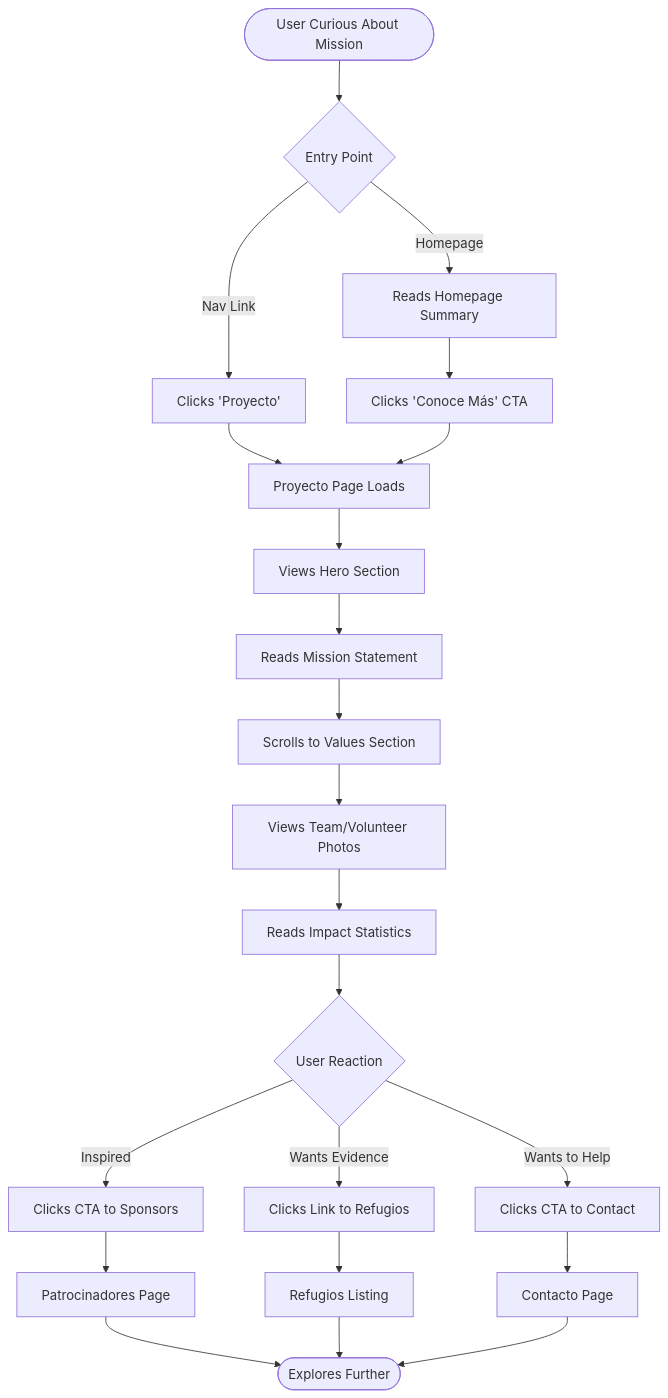
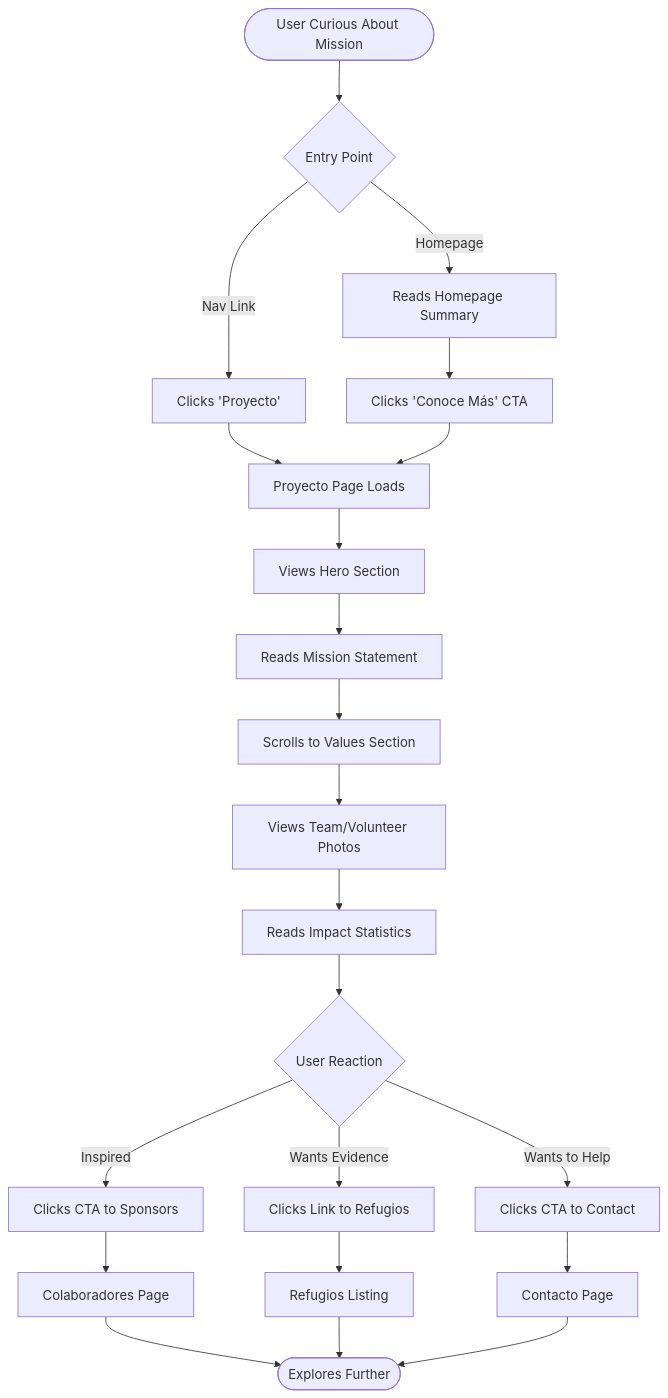
One commit to Markuson/refusdignos changed the fourth of 5 diagrams in docs/front-end-spec.md. Above: the diagram before and after it, drawn with Mermaid. The commit also changed other lines of this file and 62 other files, not shown here.

````diff
--- a/docs/front-end-spec.md
+++ b/docs/front-end-spec.md
@@ -313,30 +313,30 @@
 ```mermaid
 graph TD
     Start([User Curious About Mission]) --> A{Entry Point}
 
     A -->|Homepage| B[Reads Homepage Summary]
     A -->|Nav Link| C[Clicks 'Proyecto']
 
     B --> D[Clicks 'Conoce Más' CTA]
     C --> E[Proyecto Page Loads]
     D --> E
 
     E --> F[Views Hero Section]
     F --> G[Reads Mission Statement]
     G --> H[Scrolls to Values Section]
     H --> I[Views Team/Volunteer Photos]
     I --> J[Reads Impact Statistics]
 
     J --> K{User Reaction}
     K -->|Inspired| L[Clicks CTA to Sponsors]
     K -->|Wants Evidence| M[Clicks Link to Refugios]
     K -->|Wants to Help| N[Clicks CTA to Contact]
 
-    L --> O[Patrocinadores Page]
+    L --> O[Colaboradores Page]
     M --> P[Refugios Listing]
     N --> Q[Contacto Page]
 
     O --> R([Explores Further])
     P --> R
     Q --> R
 ```
````
